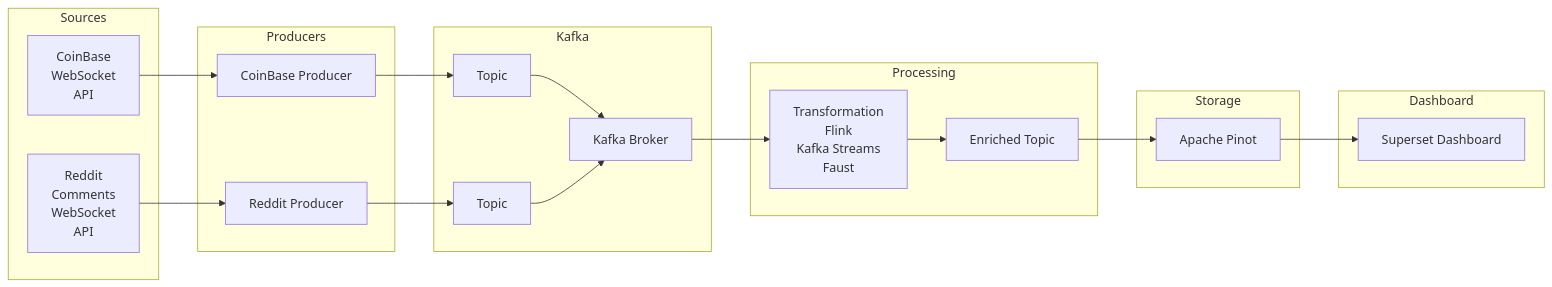
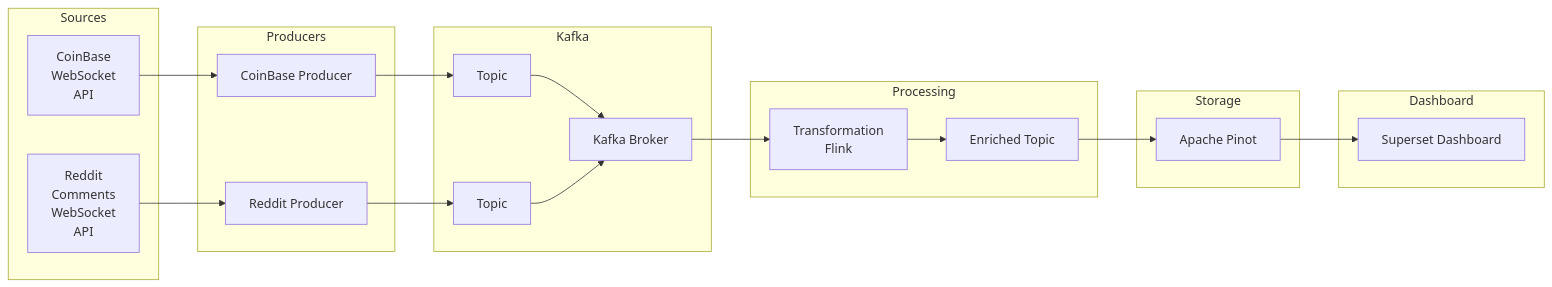
The diagram in Readme.md (data-bas/streaming-project), drawn with Mermaid before and after one commit. The commit also changed other lines of this file and 2 other files, not shown here.

````diff
--- a/Readme.md
+++ b/Readme.md
@@ -1,43 +1,43 @@
 ```mermaid
 flowchart LR
     subgraph Sources
         A[CoinBase\nWebSocket\nAPI]
         B[Reddit\nComments\nWebSocket\nAPI]
     end
 
     subgraph Producers
         C[CoinBase Producer]
         D[Reddit Producer]
     end
 
     subgraph Kafka
         E[Kafka Broker]
         F[Topic]
         G[Topic]
     end
 
     subgraph Processing
-        H[Transformation\nFlink\nKafka Streams\nFaust]
+        H[Transformation\nFlink]
         I[Enriched Topic]
     end
 
     subgraph Storage
         J[Apache Pinot]
     end
 
     subgraph Dashboard
         K[Superset Dashboard]
     end
 
     %% Edges
     A --> C
     B --> D
     C --> F
     D --> G
     F --> E
     G --> E
     E --> H
     H --> I
     I --> J
     J --> K
 ```
````
